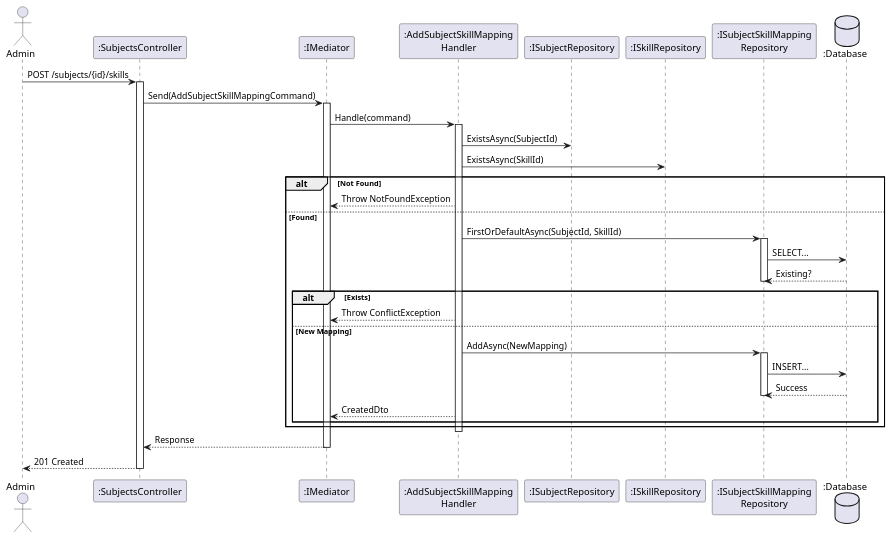
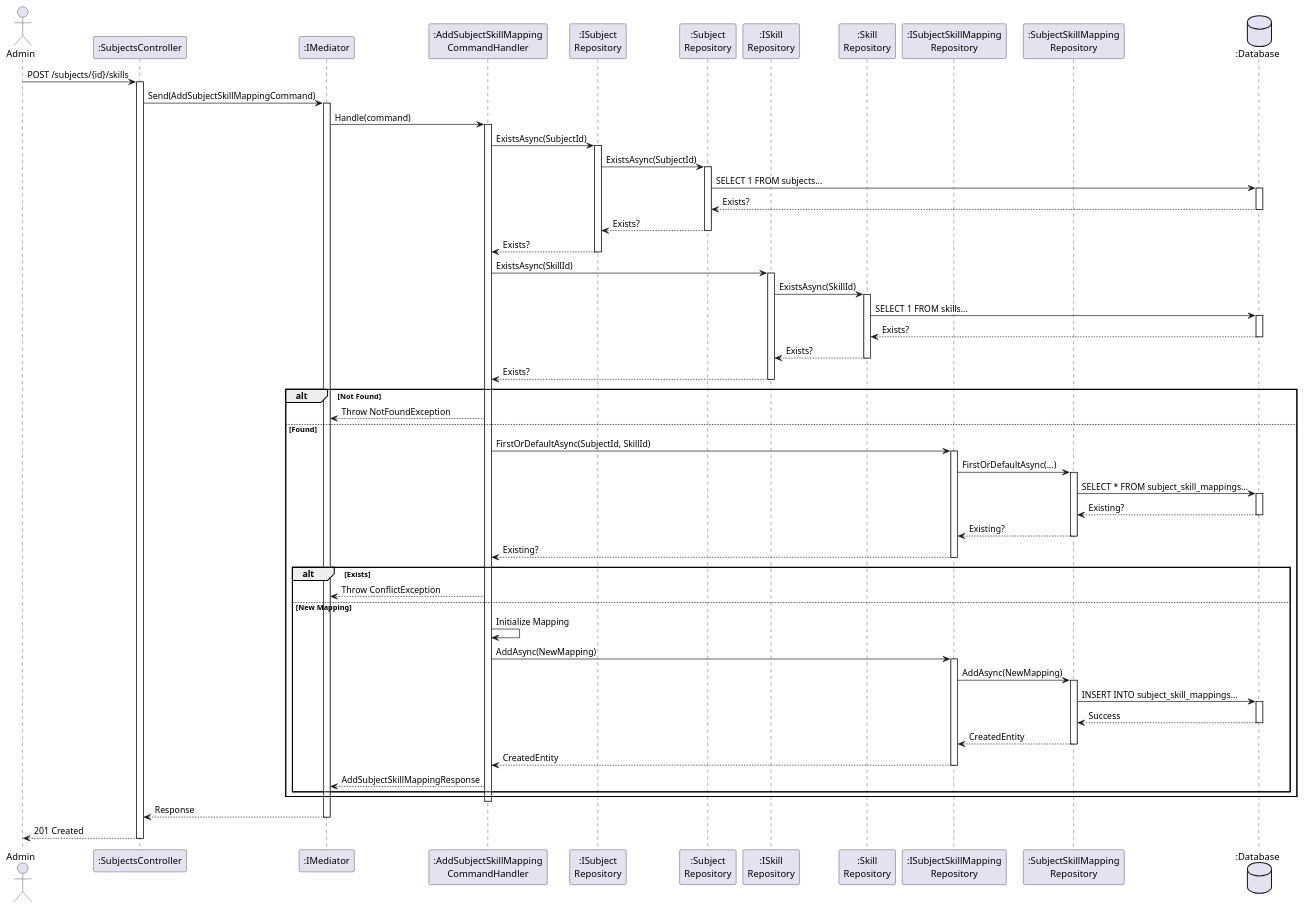
The diagram in docs/srs/diagrams/sequence-diagram/admin-skills/add-skill-mappings.puml (FA25SE050-RogueLearn/RogueLearn.BMAD.Documentation), drawn with PlantUML before and after one commit. The commit also changed 28 other files, not shown here.

Commit message:
feat: add and refix some diagrams to add implementations objects

```diff
--- a/docs/srs/diagrams/sequence-diagram/admin-skills/add-skill-mappings.puml
+++ b/docs/srs/diagrams/sequence-diagram/admin-skills/add-skill-mappings.puml
@@ -1,54 +1,96 @@
 @startuml
 actor Admin
 participant ":SubjectsController" as Controller
 participant ":IMediator" as Med
-participant ":AddSubjectSkillMapping\nHandler" as Handler
-participant ":ISubjectRepository" as SubDB
-participant ":ISkillRepository" as SkillDB
-participant ":ISubjectSkillMapping\nRepository" as MapDB
+participant ":AddSubjectSkillMapping\nCommandHandler" as Handler
+participant ":ISubject\nRepository" as ISubRepo
+participant ":Subject\nRepository" as SubRepo
+participant ":ISkill\nRepository" as ISkillRepo
+participant ":Skill\nRepository" as SkillRepo
+participant ":ISubjectSkillMapping\nRepository" as IMapRepo
+participant ":SubjectSkillMapping\nRepository" as MapRepo
 database ":Database" as DB
 
 Admin -> Controller : POST /subjects/{id}/skills
 activate Controller
 
 Controller -> Med : Send(AddSubjectSkillMappingCommand)
 activate Med
 
 Med -> Handler : Handle(command)
 activate Handler
 
 ' 1. Validate Existence
-Handler -> SubDB : ExistsAsync(SubjectId)
-Handler -> SkillDB : ExistsAsync(SkillId)
+Handler -> ISubRepo : ExistsAsync(SubjectId)
+activate ISubRepo
+ISubRepo -> SubRepo : ExistsAsync(SubjectId)
+activate SubRepo
+SubRepo -> DB : SELECT 1 FROM subjects...
+activate DB
+DB --> SubRepo : Exists?
+deactivate DB
+SubRepo --> ISubRepo : Exists?
+deactivate SubRepo
+ISubRepo --> Handler : Exists?
+deactivate ISubRepo
+
+Handler -> ISkillRepo : ExistsAsync(SkillId)
+activate ISkillRepo
+ISkillRepo -> SkillRepo : ExistsAsync(SkillId)
+activate SkillRepo
+SkillRepo -> DB : SELECT 1 FROM skills...
+activate DB
+DB --> SkillRepo : Exists?
+deactivate DB
+SkillRepo --> ISkillRepo : Exists?
+deactivate SkillRepo
+ISkillRepo --> Handler : Exists?
+deactivate ISkillRepo
 
 alt Not Found
     Handler --> Med : Throw NotFoundException
 else Found
     ' 2. Check Duplicate
-    Handler -> MapDB : FirstOrDefaultAsync(SubjectId, SkillId)
-    activate MapDB
-    MapDB -> DB : SELECT...
-    DB --> MapDB : Existing?
-    deactivate MapDB
+    Handler -> IMapRepo : FirstOrDefaultAsync(SubjectId, SkillId)
+    activate IMapRepo
+    IMapRepo -> MapRepo : FirstOrDefaultAsync(...)
+    activate MapRepo
+    MapRepo -> DB : SELECT * FROM subject_skill_mappings...
+    activate DB
+    DB --> MapRepo : Existing?
+    deactivate DB
+    MapRepo --> IMapRepo : Existing?
+    deactivate MapRepo
+    IMapRepo --> Handler : Existing?
+    deactivate IMapRepo
 
     alt Exists
         Handler --> Med : Throw ConflictException
     else New Mapping
         ' 3. Create
-        Handler -> MapDB : AddAsync(NewMapping)
-        activate MapDB
-        MapDB -> DB : INSERT...
-        DB --> MapDB : Success
-        deactivate MapDB
+        Handler -> Handler : Initialize Mapping
         
-        Handler --> Med : CreatedDto
+        Handler -> IMapRepo : AddAsync(NewMapping)
+        activate IMapRepo
+        IMapRepo -> MapRepo : AddAsync(NewMapping)
+        activate MapRepo
+        MapRepo -> DB : INSERT INTO subject_skill_mappings...
+        activate DB
+        DB --> MapRepo : Success
+        deactivate DB
+        MapRepo --> IMapRepo : CreatedEntity
+        deactivate MapRepo
+        IMapRepo --> Handler : CreatedEntity
+        deactivate IMapRepo
+        
+        Handler --> Med : AddSubjectSkillMappingResponse
     end
 end
 
 deactivate Handler
 Med --> Controller : Response
 deactivate Med
 
 Controller --> Admin : 201 Created
 deactivate Controller
 @enduml
```
